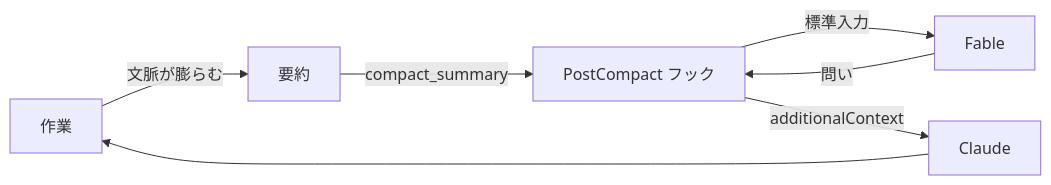
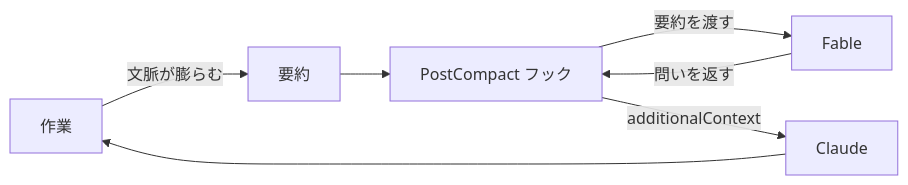
The diagram in articles/023_reinvented-fable-advisor-hook.md (yjn279/zenn), drawn with Mermaid before and after one commit. The commit also changed other lines of this file, not shown here.

Commit message:
再発明した Hook についてを、実装を載せない軽い解説へ畳む

````diff
--- a/articles/023_reinvented-fable-advisor-hook.md
+++ b/articles/023_reinvented-fable-advisor-hook.md
@@ -93,9 +44,9 @@
 ```mermaid
 flowchart LR
   work[作業] -->|文脈が膨らむ| compact[要約]
-  compact -->|compact_summary| hook[PostCompact フック]
-  hook -->|標準入力| fable[Fable]
-  fable -->|問い| hook
+  compact --> hook[PostCompact フック]
+  hook -->|要約を渡す| fable[Fable]
+  fable -->|問いを返す| hook
   hook -->|additionalContext| claude[Claude]
   claude --> work
 ```
````
